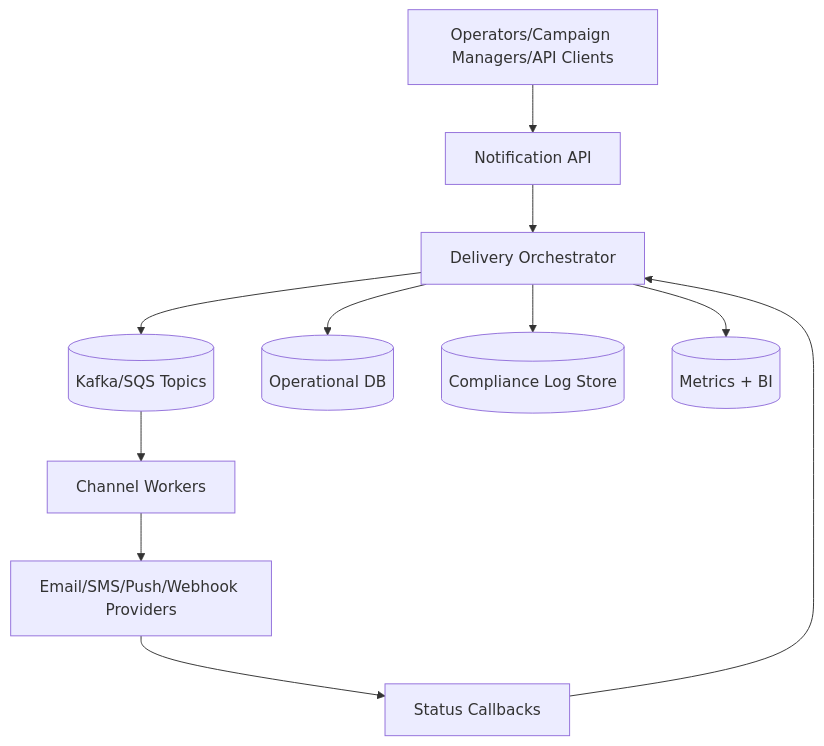
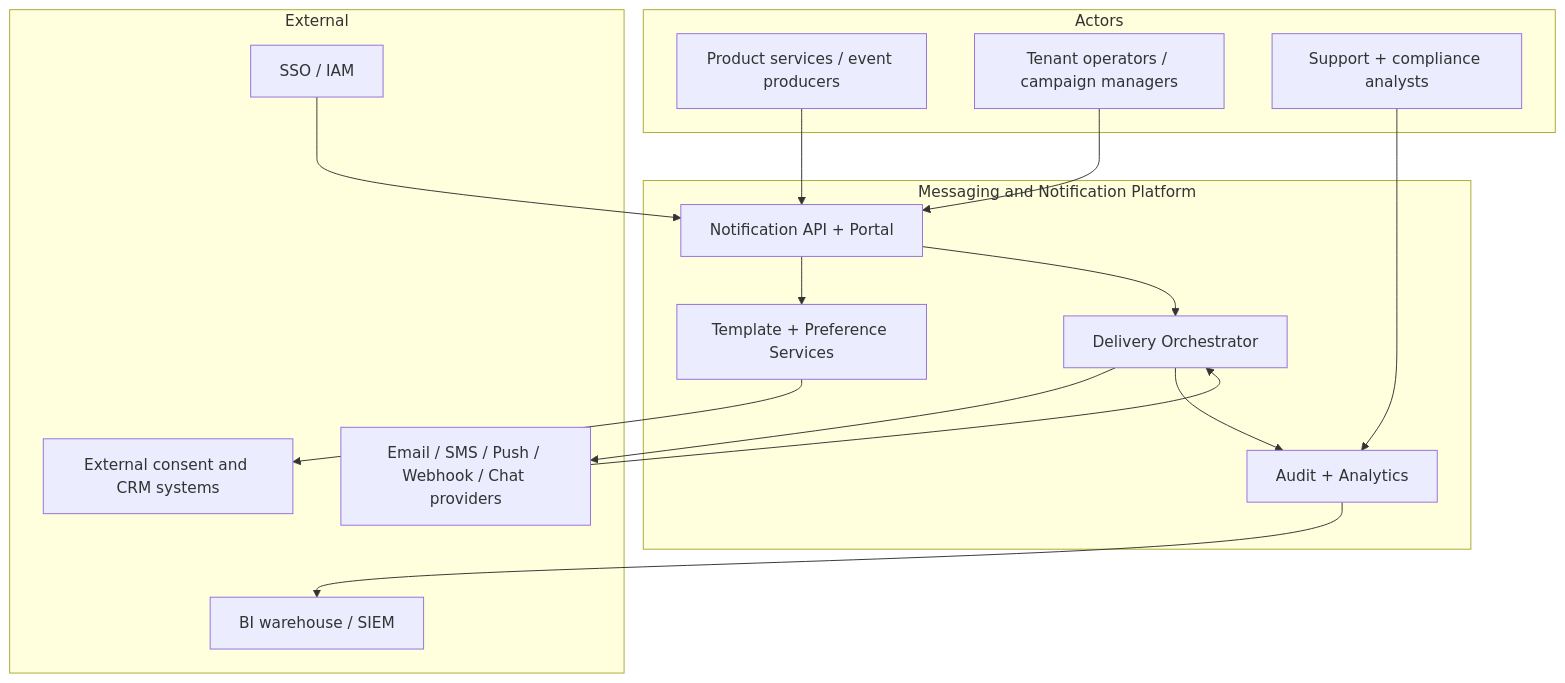
One commit to 0Ankit0/Project-Ideas changed the diagram in Messaging and Notification Platform/analysis/system-context-diagram.md. Above: the diagram before and after it, drawn with Mermaid. The commit also changed other lines of this file and 19 other files, not shown here.

Commit message:
Update Messaging and Notification Platform: analysis, design, edge cases, HLD, implementation, infra, and requirements docs

````diff
--- a/Messaging and Notification Platform/analysis/system-context-diagram.md
+++ b/Messaging and Notification Platform/analysis/system-context-diagram.md
@@ -10,13 +15,34 @@
 ```mermaid
 flowchart TB
-  Users[Operators/Campaign Managers/API Clients] --> API[Notification API]
-  API --> Orchestrator[Delivery Orchestrator]
-  Orchestrator --> Queue[(Kafka/SQS Topics)]
-  Queue --> Workers[Channel Workers]
-  Workers --> Providers[Email/SMS/Push/Webhook Providers]
-  Providers --> Callbacks[Status Callbacks]
-  Callbacks --> Orchestrator
-  Orchestrator --> DB[(Operational DB)]
-  Orchestrator --> Audit[(Compliance Log Store)]
-  Orchestrator --> Analytics[(Metrics + BI)]
+  subgraph Actors
+    Apps[Product services / event producers]
+    Ops[Tenant operators / campaign managers]
+    Support[Support + compliance analysts]
+  end
+
+  subgraph Platform[Messaging and Notification Platform]
+    API[Notification API + Portal]
+    Template[Template + Preference Services]
+    Orchestrator[Delivery Orchestrator]
+    Audit[Audit + Analytics]
+  end
+
+  subgraph External
+    Providers[Email / SMS / Push / Webhook / Chat providers]
+    IdP[SSO / IAM]
+    Data[BI warehouse / SIEM]
+    Pref[External consent and CRM systems]
+  end
+
+  Apps --> API
+  Ops --> API
+  Support --> Audit
+  IdP --> API
+  API --> Template
+  API --> Orchestrator
+  Template --> Pref
+  Orchestrator --> Providers
+  Providers --> Orchestrator
+  Orchestrator --> Audit
+  Audit --> Data
 ```
````
